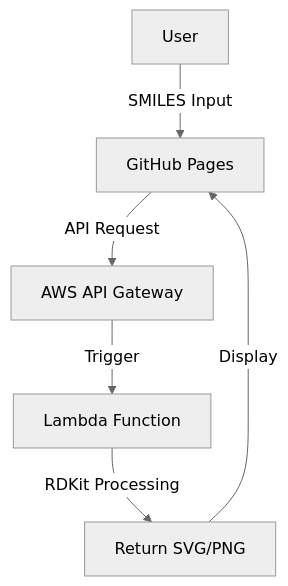
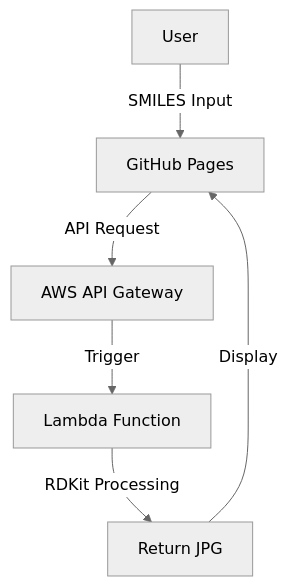
Before and after one commit to hyperverseglobalconsulting/smiles2mol: the second of 3 diagrams in README.md, drawn with Mermaid (neutral theme).

````diff
--- a/README.md
+++ b/README.md
@@ -51,8 +51,8 @@
 ```mermaid
 graph TD
   A[User] -->|SMILES Input| B[GitHub Pages]
   B -->|API Request| C[AWS API Gateway]
   C -->|Trigger| D[Lambda Function]
-  D -->|RDKit Processing| E[Return SVG/PNG]
+  D -->|RDKit Processing| E[Return JPG]
   E -->|Display| B
 ```
````
